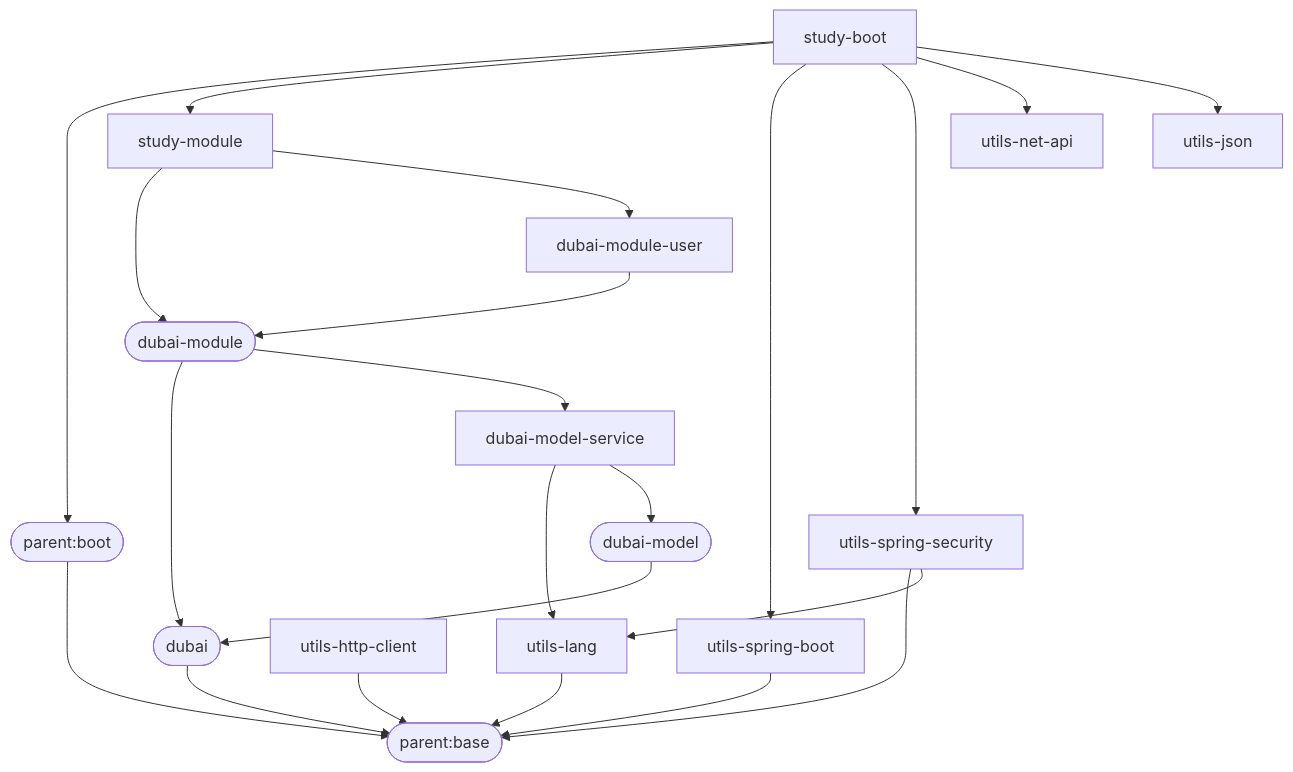
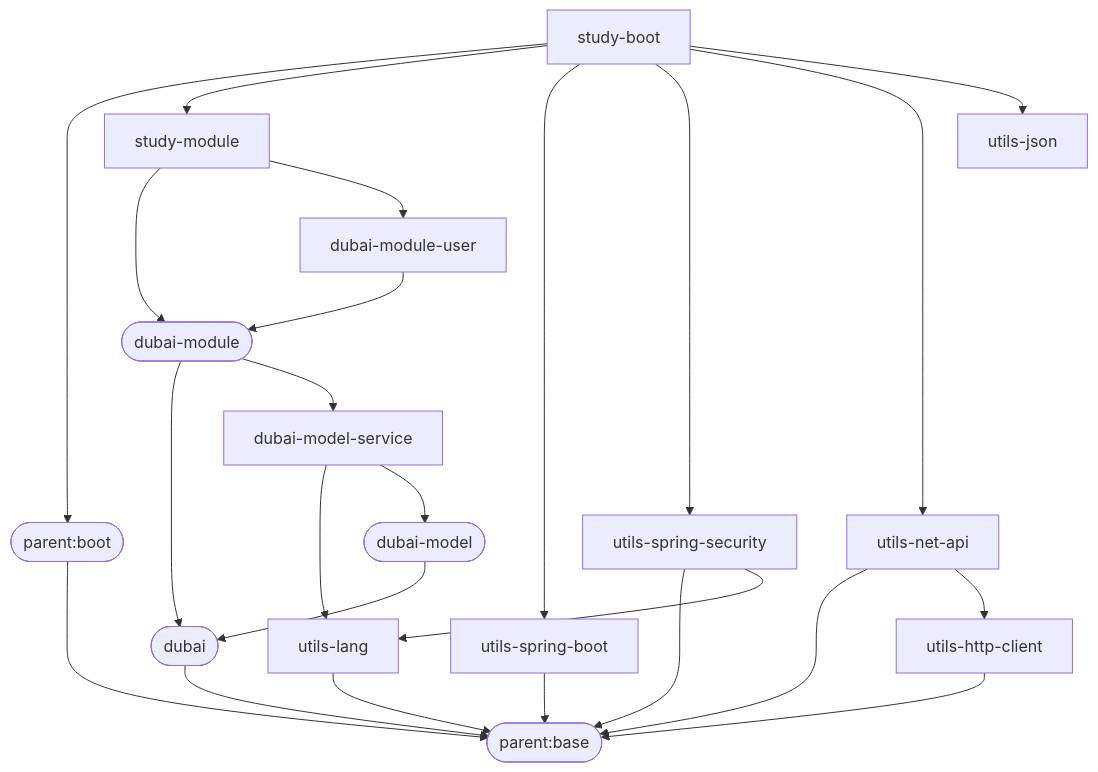
Before and after one commit to dbstarll/dbstarll.github.io: the diagram in README.md, drawn with Mermaid. The commit also changed other lines of this file, not shown here.

Commit message:
增加utils-net-api

````diff
--- a/README.md
+++ b/README.md
@@ -15,33 +16,36 @@
 ```mermaid
 graph TD;
     parent.base([parent:base]);
     parent.boot([parent:boot])--->parent.base;
 
     utils-lang-->parent.base;
 
     utils-spring-boot-->parent.base;
 
     utils-spring-security-->parent.base;
     utils-spring-security-->utils-lang;
 
     utils-http-client-->parent.base;
+
+    utils-net-api-->parent.base;
+    utils-net-api-->utils-http-client;
 
     dubai([dubai])-->parent.base;
     dubai-model([dubai-model])-->dubai;
     dubai-model-service-->utils-lang;
     dubai-model-service-->dubai-model;
     dubai-module([dubai-module])-->dubai;
     dubai-module-->dubai-model-service;
     
     dubai-module-user-->dubai-module;
 
     study-module-->dubai-module;
     study-module-->dubai-module-user;
 
     study-boot-->parent.boot;
     study-boot-->study-module;
     study-boot-->utils-spring-boot;
     study-boot-->utils-spring-security;
     study-boot-->utils-net-api;
     study-boot-->utils-json;
 ```
````
